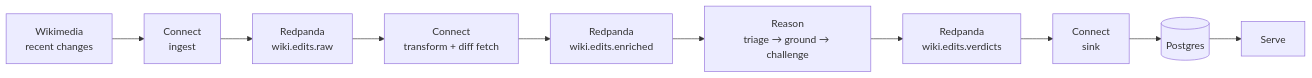
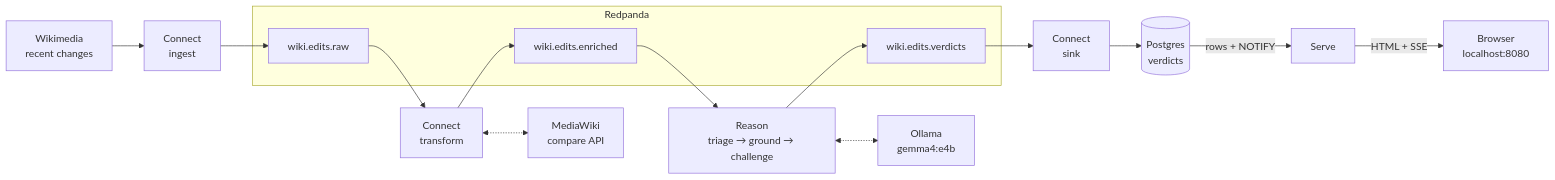
The first of 2 diagrams in README.md (craigsloggett/redpanda-fde-build-exercise), drawn with Mermaid before and after one commit.

Commit message:
docs: Update README.md diagram to reflect latest

````diff
--- a/README.md
+++ b/README.md
@@ -7,12 +7,20 @@
 ```mermaid
 flowchart LR
   WM["Wikimedia<br/>recent changes"] --> IN["Connect<br/>ingest"]
-  IN --> RAW["Redpanda<br/>wiki.edits.raw"]
-  RAW --> TR["Connect<br/>transform + diff fetch"]
-  TR --> EN["Redpanda<br/>wiki.edits.enriched"]
+  subgraph RP["Redpanda"]
+    RAW["wiki.edits.raw"]
+    EN["wiki.edits.enriched"]
+    VD["wiki.edits.verdicts"]
+  end
+  IN --> RAW
+  RAW --> TR["Connect<br/>transform"]
+  TR <-.-> MW["MediaWiki<br/>compare API"]
+  TR --> EN
   EN --> RS["Reason<br/>triage → ground → challenge"]
-  RS --> VD["Redpanda<br/>wiki.edits.verdicts"]
+  RS <-.-> OL["Ollama<br/>gemma4:e4b"]
+  RS --> VD
   VD --> SK["Connect<br/>sink"]
-  SK --> PG[("Postgres")]
-  PG --> SV["Serve"]
+  SK --> PG[("Postgres<br/>verdicts")]
+  PG -- "rows + NOTIFY" --> SV["Serve"]
+  SV -- "HTML + SSE" --> BR["Browser<br/>localhost:8080"]
 ```
````
